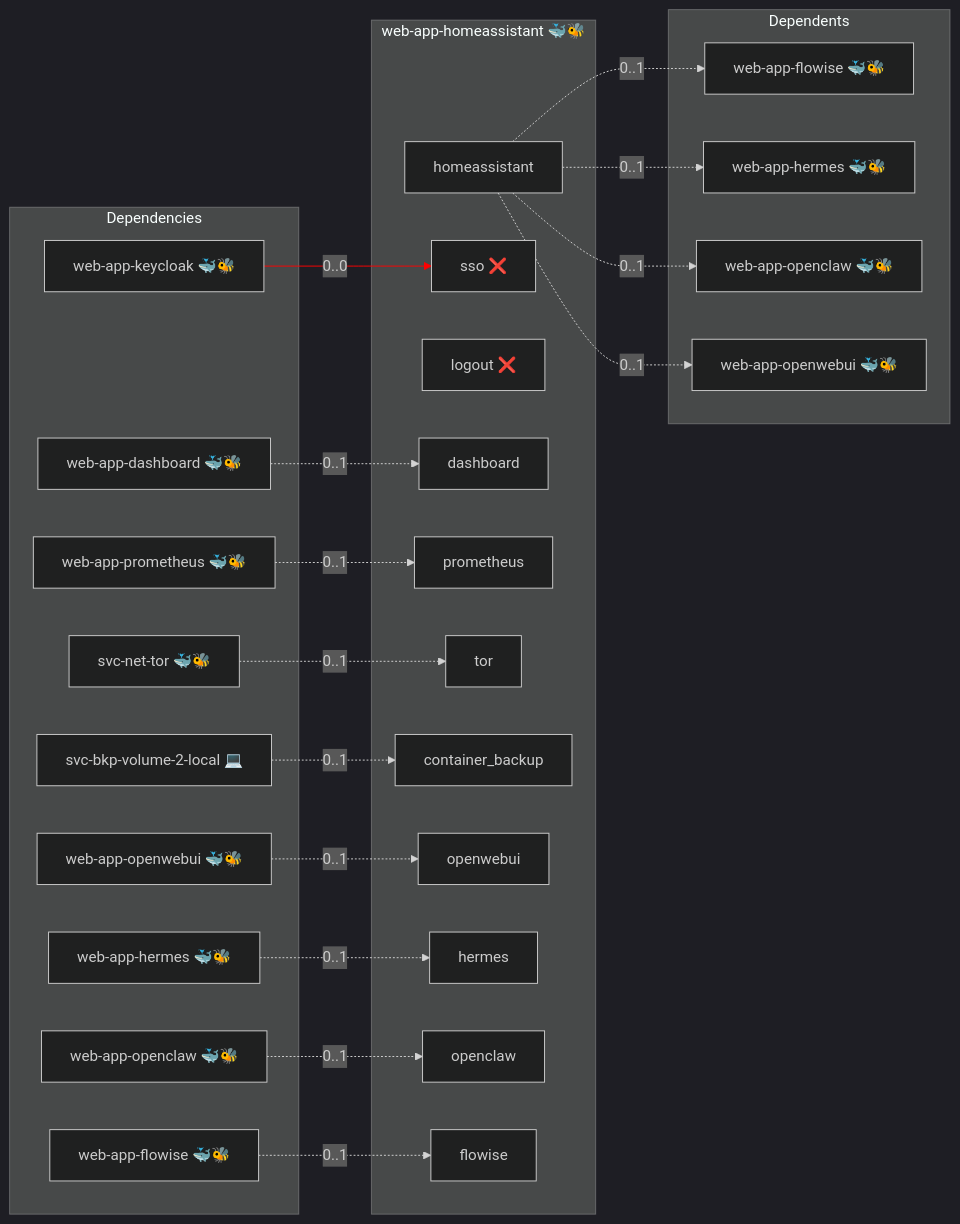
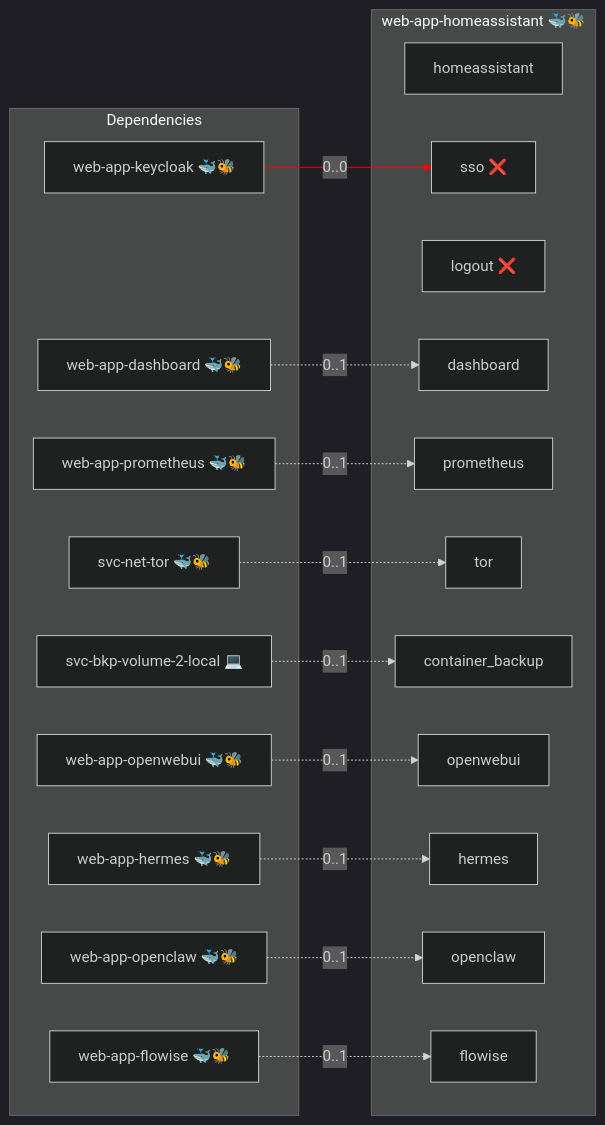
Before and after one commit to infinito-nexus/core: the diagram in roles/web-app-homeassistant/README.md, drawn with Mermaid (dark theme). The commit also changed 6 other files, not shown here.

````diff
--- a/roles/web-app-homeassistant/README.md
+++ b/roles/web-app-homeassistant/README.md
@@ -15,47 +15,37 @@
 ```mermaid
 flowchart LR
     subgraph deps [Dependencies]
         dep_svc_bkp_volume_2_local["svc-bkp-volume-2-local 💻"]
         dep_svc_net_tor["svc-net-tor 🐳🐝"]
         dep_web_app_dashboard["web-app-dashboard 🐳🐝"]
         dep_web_app_flowise["web-app-flowise 🐳🐝"]
         dep_web_app_hermes["web-app-hermes 🐳🐝"]
         dep_web_app_keycloak["web-app-keycloak 🐳🐝"]
         dep_web_app_openclaw["web-app-openclaw 🐳🐝"]
         dep_web_app_openwebui["web-app-openwebui 🐳🐝"]
         dep_web_app_prometheus["web-app-prometheus 🐳🐝"]
     end
     subgraph role [web-app-homeassistant 🐳🐝]
         svc_homeassistant["homeassistant"]
         svc_sso["sso ❌"]
         svc_logout["logout ❌"]
         svc_dashboard["dashboard"]
         svc_prometheus["prometheus"]
         svc_tor["tor"]
         svc_container_backup["container_backup"]
         svc_openwebui["openwebui"]
         svc_hermes["hermes"]
         svc_openclaw["openclaw"]
         svc_flowise["flowise"]
     end
-    subgraph dependents [Dependents]
-        dpt_web_app_flowise["web-app-flowise 🐳🐝"]
-        dpt_web_app_hermes["web-app-hermes 🐳🐝"]
-        dpt_web_app_openclaw["web-app-openclaw 🐳🐝"]
-        dpt_web_app_openwebui["web-app-openwebui 🐳🐝"]
-    end
     dep_svc_bkp_volume_2_local -. "0..1" .-> svc_container_backup
     dep_svc_net_tor -. "0..1" .-> svc_tor
     dep_web_app_dashboard -. "0..1" .-> svc_dashboard
     dep_web_app_flowise -. "0..1" .-> svc_flowise
     dep_web_app_hermes -. "0..1" .-> svc_hermes
     dep_web_app_keycloak -- "0..0" --> svc_sso
     dep_web_app_openclaw -. "0..1" .-> svc_openclaw
     dep_web_app_openwebui -. "0..1" .-> svc_openwebui
     dep_web_app_prometheus -. "0..1" .-> svc_prometheus
-    svc_homeassistant -. "0..1" .-> dpt_web_app_flowise
-    svc_homeassistant -. "0..1" .-> dpt_web_app_hermes
-    svc_homeassistant -. "0..1" .-> dpt_web_app_openclaw
-    svc_homeassistant -. "0..1" .-> dpt_web_app_openwebui
     linkStyle 5 stroke:red;
 ```
````
